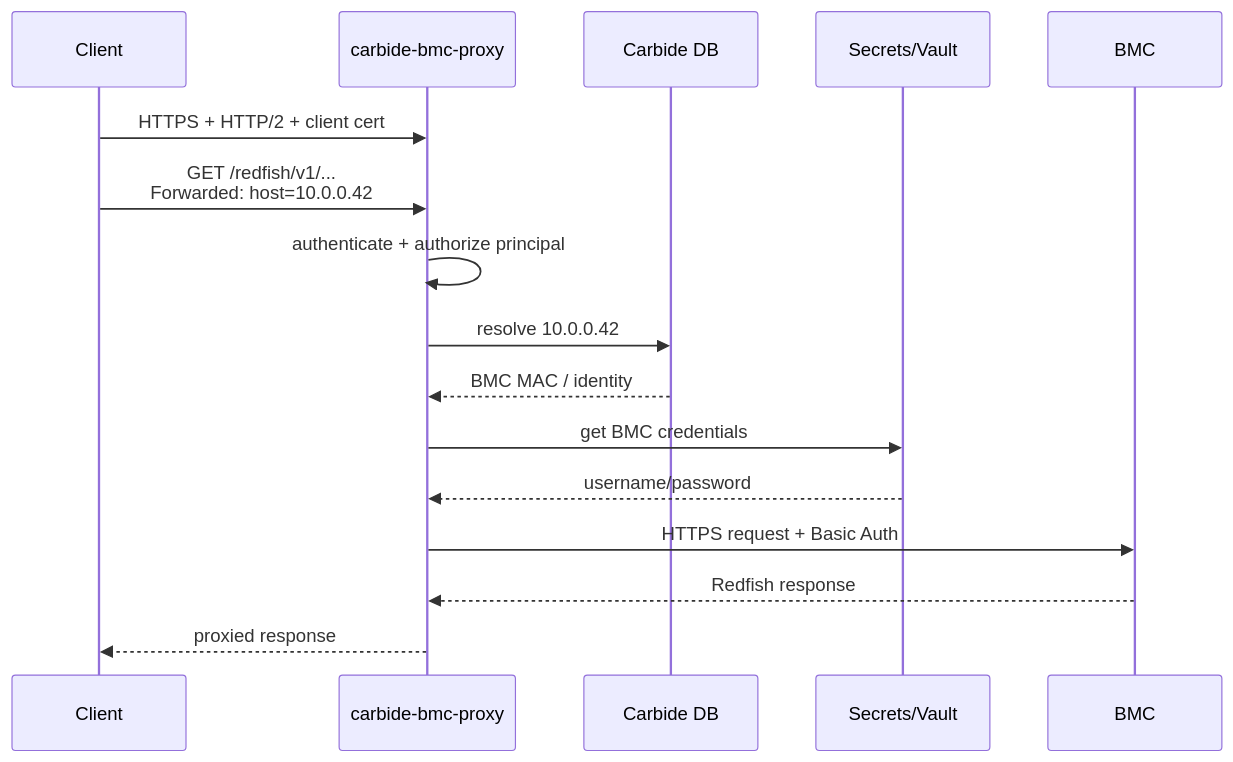
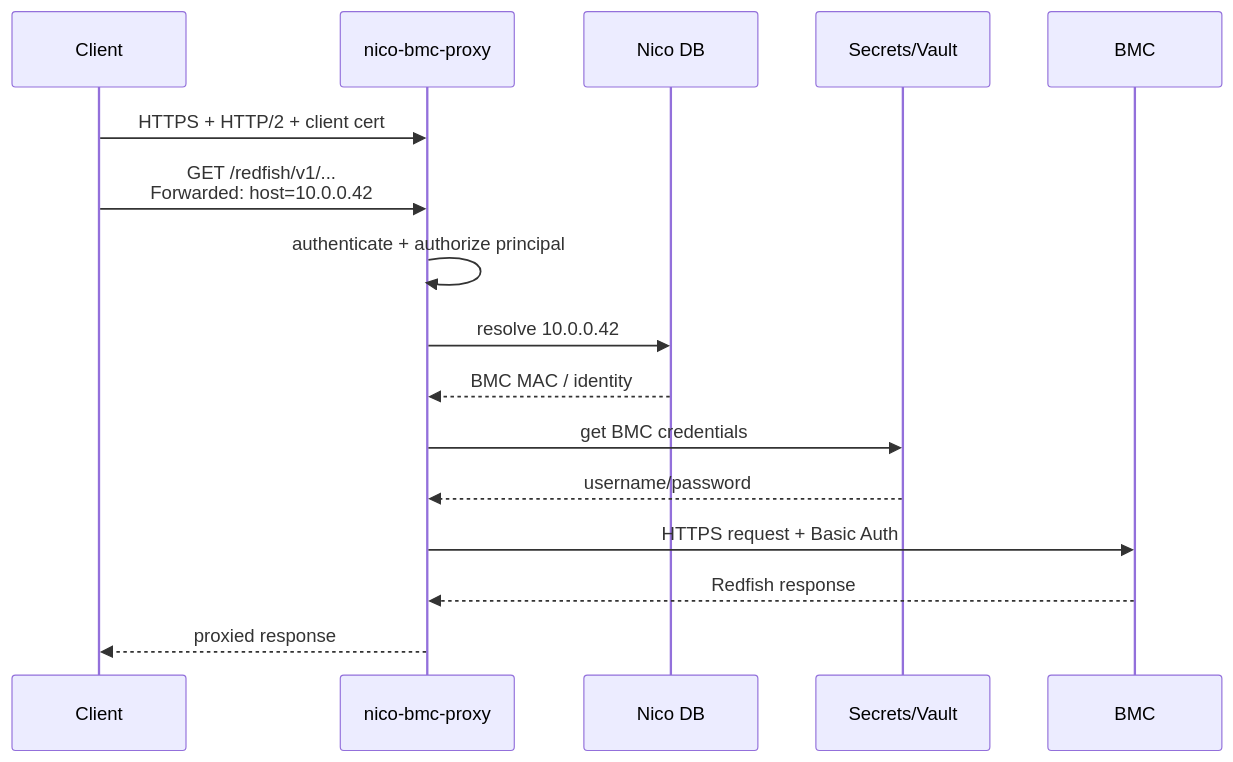
The third of 3 diagrams in crates/bmc-proxy/README.md (NVIDIA/infra-controller-core), drawn with Mermaid before and after one commit. The commit also changed other lines of this file and 2461 other files, not shown here.

First line of the commit message:
feat!: rename carbide/forge → NVIDIA Infrastructure Controller (NICo)

````diff
--- a/crates/bmc-proxy/README.md
+++ b/crates/bmc-proxy/README.md
@@ -202,19 +202,19 @@
 ```mermaid
 sequenceDiagram
     participant Client
-    participant Proxy as carbide-bmc-proxy
-    participant DB as Carbide DB
+    participant Proxy as nico-bmc-proxy
+    participant DB as Nico DB
     participant Vault as Secrets/Vault
     participant BMC
 
     Client->>Proxy: HTTPS + HTTP/2 + client cert
     Client->>Proxy: GET /redfish/v1/...<br/>Forwarded: host=10.0.0.42
     Proxy->>Proxy: authenticate + authorize principal
     Proxy->>DB: resolve 10.0.0.42
     DB-->>Proxy: BMC MAC / identity
     Proxy->>Vault: get BMC credentials
     Vault-->>Proxy: username/password
     Proxy->>BMC: HTTPS request + Basic Auth
     BMC-->>Proxy: Redfish response
     Proxy-->>Client: proxied response
 ```
````
